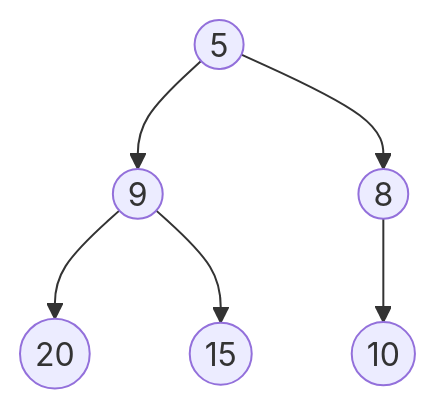
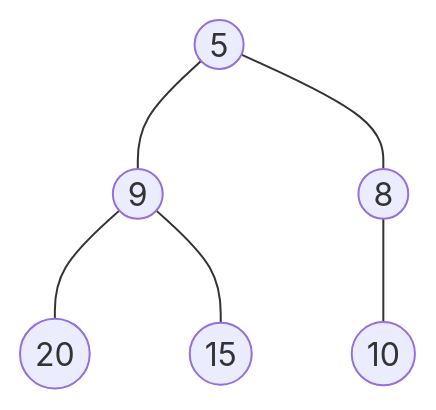
Before and after one commit to ruslylove/datastruct: diagram 12 of 17 in lectures/lect-11-Heap.md, drawn with Mermaid. The commit also changed other lines of this file, not shown here.

Commit message:
update diagram and bottom-up heap theorem.

````diff
--- a/lectures/lect-11-Heap.md
+++ b/lectures/lect-11-Heap.md
@@ -383,8 +383,8 @@
 ```mermaid 
 graph TD
-    A((5)) --> B((9))
-    A --> C((8))
-    B --> D((20))
-    B --> E((15))
-    C --> F((10))
+    A((5)) --- B((9))
+    A --- C((8))
+    B --- D((20))
+    B --- E((15))
+    C --- F((10))
 ```
````
